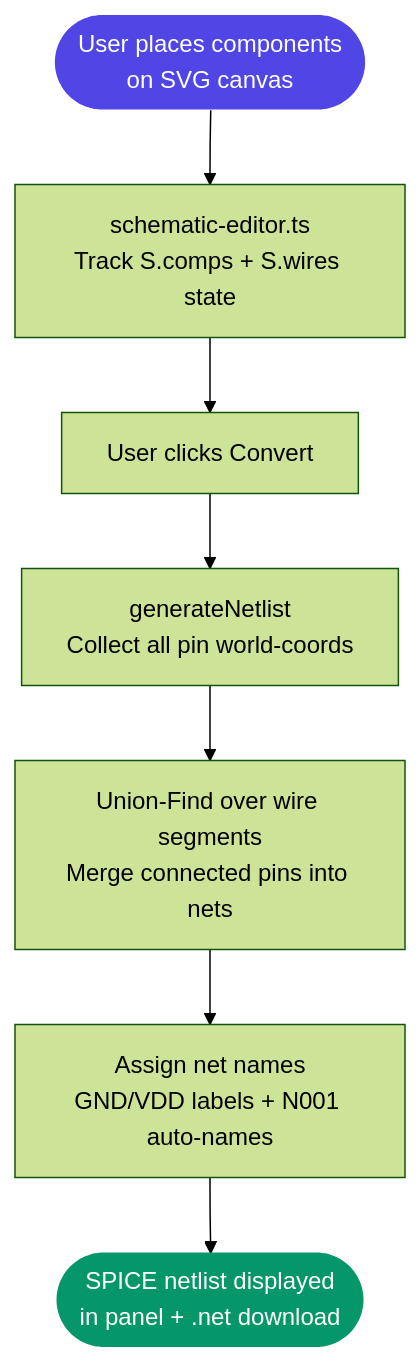
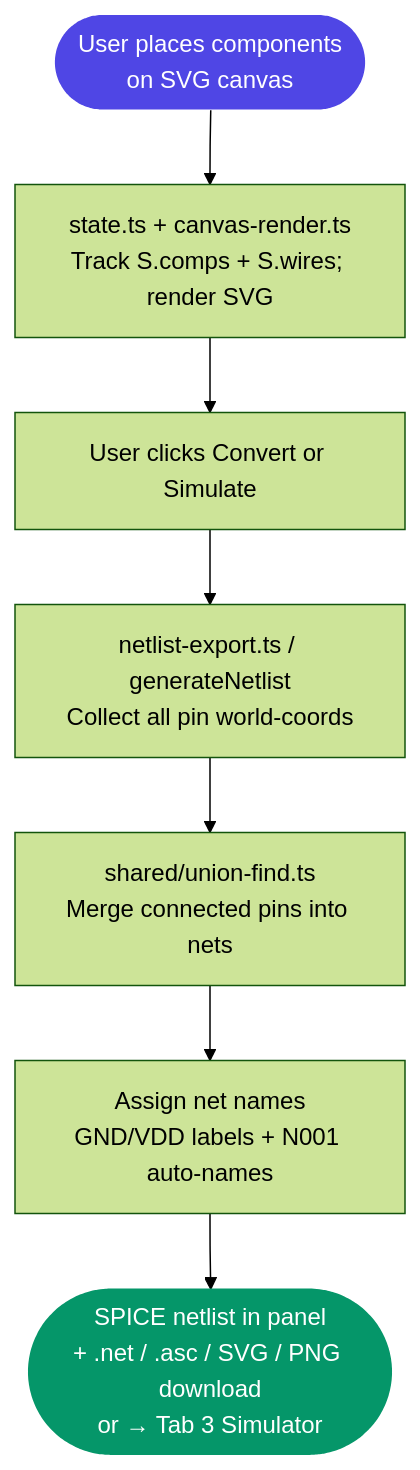
Before and after one commit to MNADITYA05/WEAVE: the second of 3 diagrams in README.md, drawn with Mermaid (forest theme). The commit also changed other lines of this file, not shown here.

Commit message:
docs: update README for Weave v5 — Tab 3 simulator, modular structure, backend setup

````diff
--- a/README.md
+++ b/README.md
@@ -123,12 +124,12 @@
 ```mermaid
 flowchart TD
-    A([User places components\non SVG canvas]) --> B[schematic-editor.ts\nTrack S.comps + S.wires state]
-    B --> C[User clicks Convert]
-    C --> D[generateNetlist\nCollect all pin world-coords]
-    D --> E[Union-Find over wire segments\nMerge connected pins into nets]
+    A([User places components\non SVG canvas]) --> B[state.ts + canvas-render.ts\nTrack S.comps + S.wires; render SVG]
+    B --> C[User clicks Convert or Simulate]
+    C --> D[netlist-export.ts / generateNetlist\nCollect all pin world-coords]
+    D --> E[shared/union-find.ts\nMerge connected pins into nets]
     E --> F[Assign net names\nGND/VDD labels + N001 auto-names]
-    F --> G([SPICE netlist displayed\nin panel + .net download])
+    F --> G([SPICE netlist in panel\n+ .net / .asc / SVG / PNG download\nor → Tab 3 Simulator])
 
     style A fill:#4F46E5,color:#fff,stroke:none
     style G fill:#059669,color:#fff,stroke:none
 ```
````
